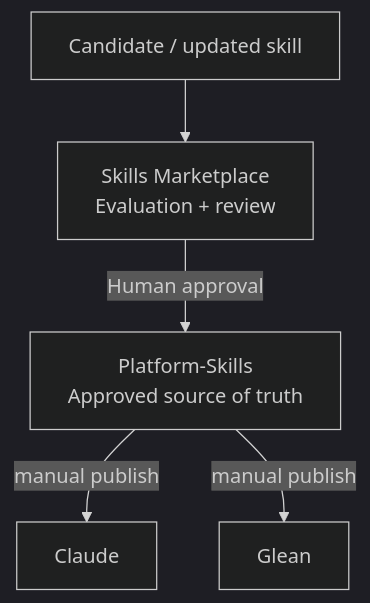
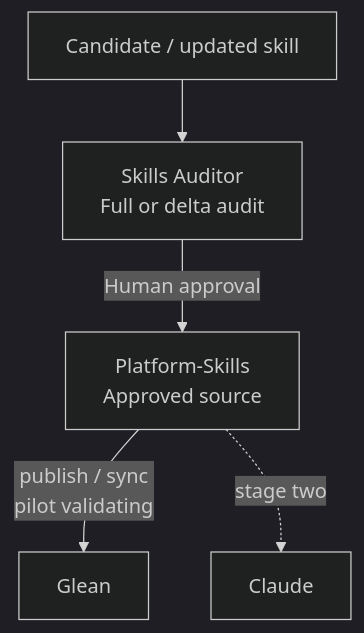
The first of 3 diagrams in README.md (AHEAD-Labs/Platform-Skills), drawn with Mermaid (dark theme) before and after one commit. The commit also changed other lines of this file and 13 other files, not shown here.

````diff
--- a/README.md
+++ b/README.md
@@ -31,7 +42,7 @@
 ```mermaid
 flowchart TD
-    A["Candidate / updated skill"] --> B["Skills Marketplace<br/>Evaluation + review"]
-    B -->|Human approval| C["Platform-Skills<br/>Approved source of truth"]
-    C -->|manual publish| D["Claude"]
-    C -->|manual publish| E["Glean"]
+    A["Candidate / updated skill"] --> B["Skills Auditor<br/>Full or delta audit"]
+    B -->|Human approval| C["Platform-Skills<br/>Approved source"]
+    C -->|publish / sync<br/>pilot validating| D["Glean"]
+    C -.->|stage two| E["Claude"]
 ```
````
